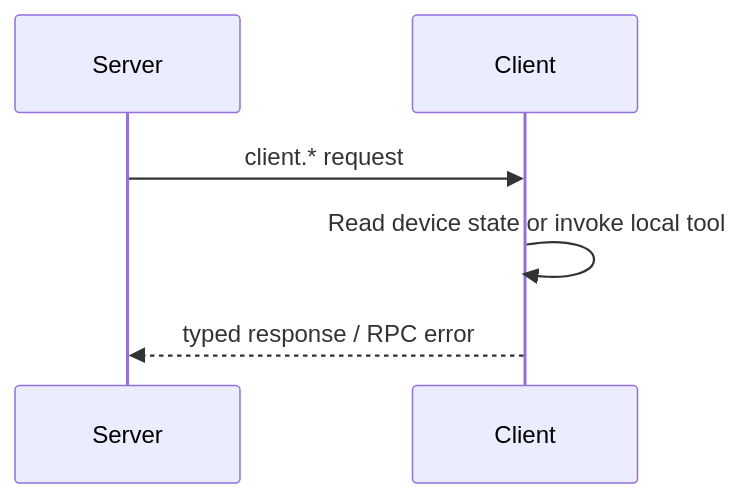
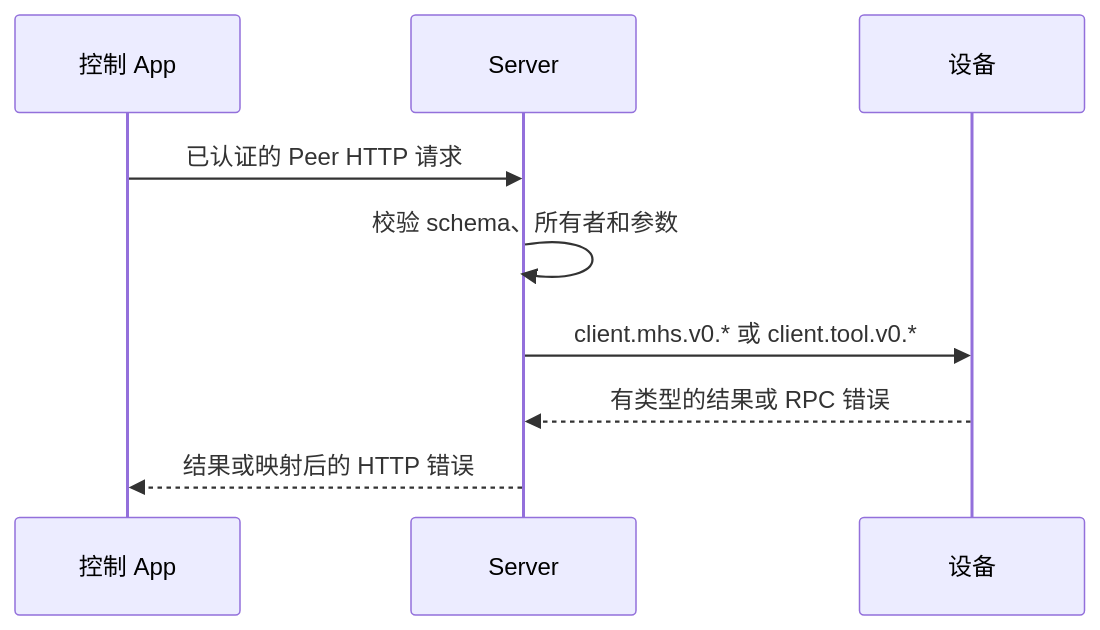
The diagram in guides/zh/developing/api/proto/rpc/client-provided-to-server.md (GizClaw/gizclaw), drawn with Mermaid before and after one commit. The commit also changed other lines of this file and 265 other files, not shown here.

First line of the commit message:
api/rpc: make mhs/v0 and tool/v0 the complete device surface

````diff
--- a/guides/zh/developing/api/proto/rpc/client-provided-to-server.md
+++ b/guides/zh/developing/api/proto/rpc/client-provided-to-server.md
@@ -9,8 +5,11 @@
 ```mermaid
 sequenceDiagram
+    participant App as 控制 App
     participant Server
-    participant Client
-    Server->>Client: client.* request
-    Client->>Client: Read device state or invoke local tool
-    Client-->>Server: typed response / RPC error
+    participant Device as 设备
+    App->>Server: 已认证的 Peer HTTP 请求
+    Server->>Server: 校验 schema、所有者和参数
+    Server->>Device: client.mhs.v0.* 或 client.tool.v0.*
+    Device-->>Server: 有类型的结果或 RPC 错误
+    Server-->>App: 结果或映射后的 HTTP 错误
 ```
````
